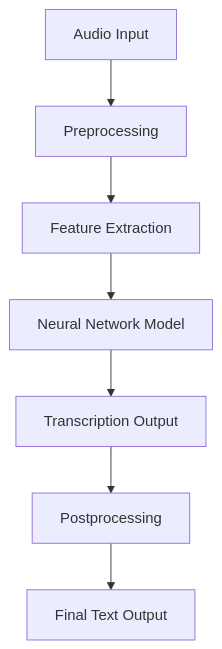
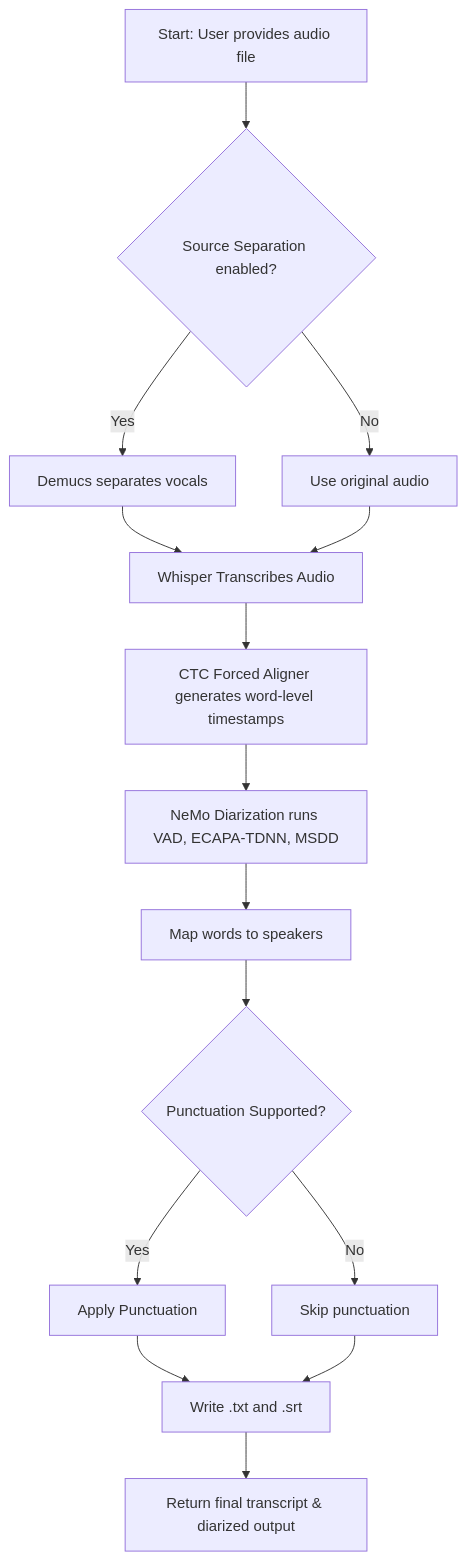
Before and after one commit to maxklema/MIE_Diarization: the second of 2 diagrams in README.md, drawn with Mermaid. The commit also changed other lines of this file, not shown here.

````diff
--- a/README.md
+++ b/README.md
@@ -127,9 +168,22 @@
 ```mermaid
 flowchart TD
-    A[Audio Input] --> B[Preprocessing]
-    B --> C[Feature Extraction]
-    C --> D[Neural Network Model]
-    D --> E[Transcription Output]
-    E --> F[Postprocessing]
-    F --> G[Final Text Output]
+    A[Start: User provides audio file] --> B{Source Separation enabled?}
+    B -- Yes --> C[Demucs separates vocals]
+    B -- No --> D[Use original audio]
+
+    C --> E[Whisper Transcribes Audio]
+    D --> E
+
+    E --> F[CTC Forced Aligner generates word-level timestamps]
+    F --> G[NeMo Diarization runs VAD, ECAPA-TDNN, MSDD]
+    G --> H[Map words to speakers]
+
+    H --> I{Punctuation Supported?}
+    I -- Yes --> J[Apply Punctuation]
+    I -- No --> K[Skip punctuation]
+
+    J --> L[Write .txt and .srt]
+    K --> L
+
+    L --> M[Return final transcript & diarized output]
 ```
````
